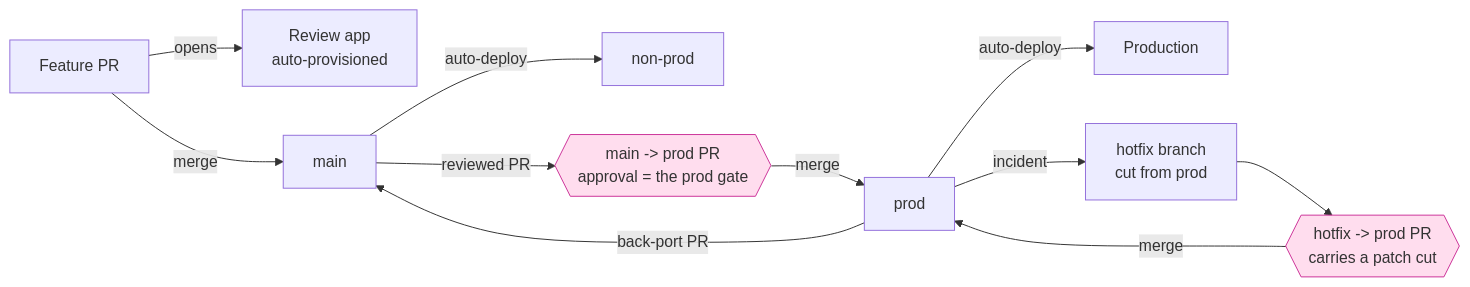
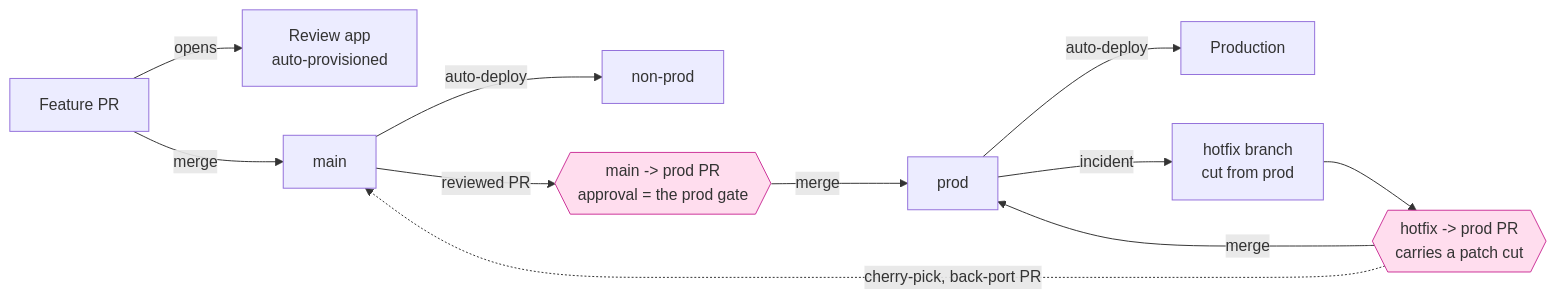
One commit to element22llc/e22-plugins changed the diagram in docs/concepts/deployment.md. Above: the diagram before and after it, drawn with Mermaid. The commit also changed other lines of this file and 9 other files, not shown here.

First line of the commit message:
fix(skills): back-port a hotfix by cherry-pick, not a PR headed by prod

````diff
--- a/docs/concepts/deployment.md
+++ b/docs/concepts/deployment.md
@@ -33,16 +33,16 @@
 ```mermaid
 flowchart LR
     PR[Feature PR] -->|opens| RA[Review app<br/>auto-provisioned]
     PR -->|merge| MAIN[main]
     MAIN -->|auto-deploy| NONPROD[non-prod]
     MAIN -->|reviewed PR| PRODPR{{main -> prod PR<br/>approval = the prod gate}}
     PRODPR -->|merge| PROD[prod]
     PROD -->|auto-deploy| LIVE[Production]
     PROD -->|incident| HF[hotfix branch<br/>cut from prod]
     HF --> HFPR{{hotfix -> prod PR<br/>carries a patch cut}}
     HFPR -->|merge| PROD
-    PROD -->|back-port PR| MAIN
+    HFPR -.->|cherry-pick, back-port PR| MAIN
 
     classDef gated fill:#fde,stroke:#c39
     class PRODPR,HFPR gated
 ```
````
